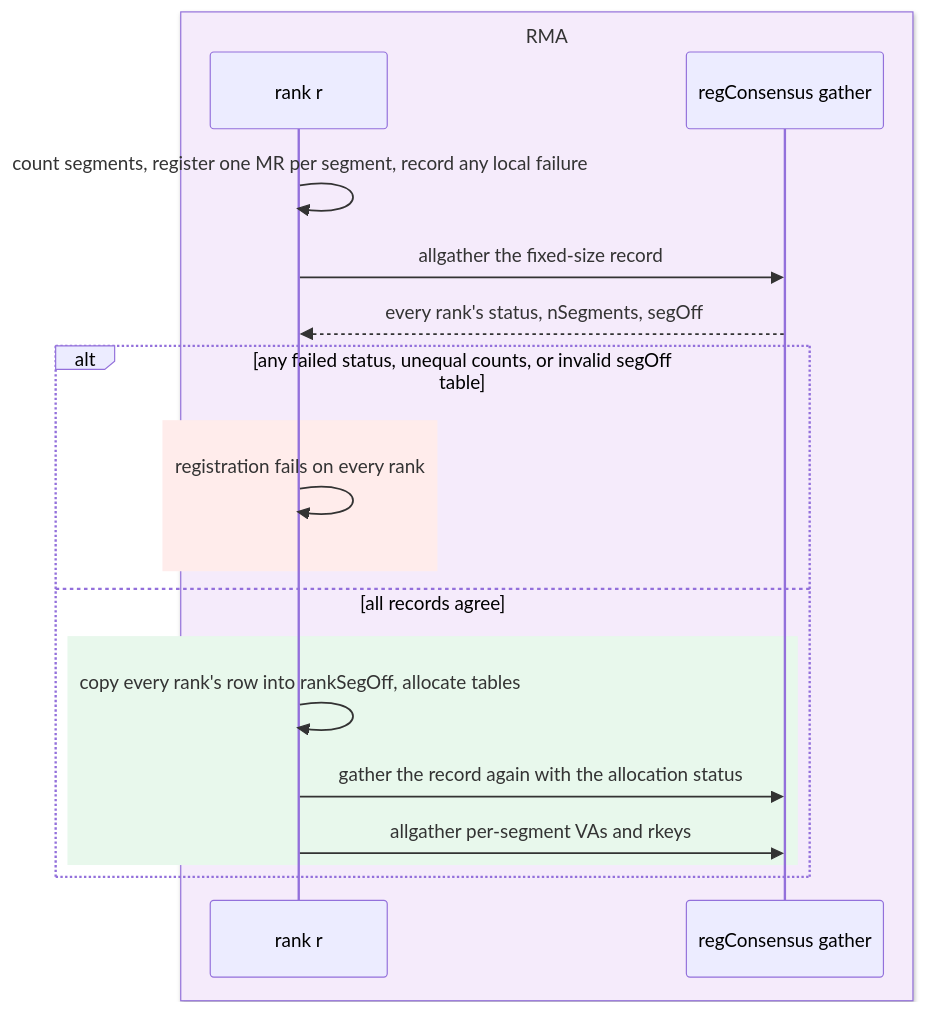
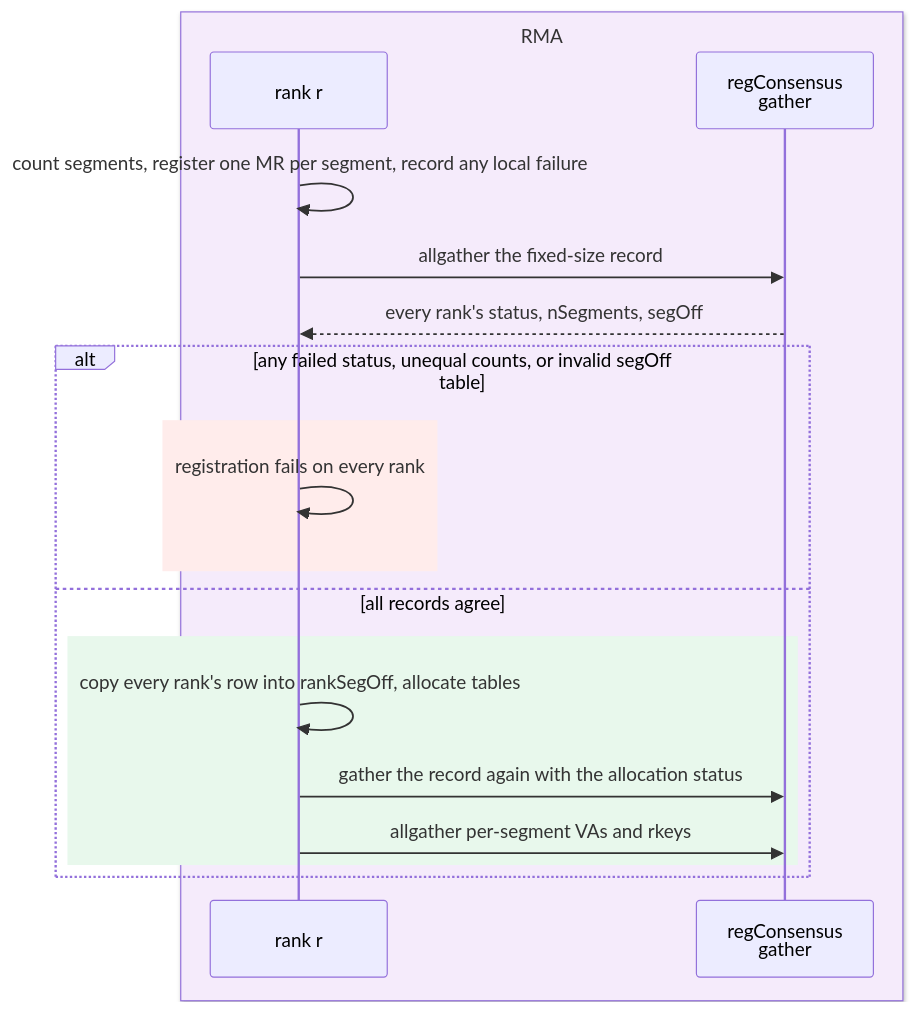
The third of 6 diagrams in projects/rccl/docs/design/multi_segment_gin_rma.md (ROCm/rocm-systems), drawn with Mermaid before and after one commit. The commit also changed other lines of this file and 18 other files, not shown here.

First line of the commit message:
docs: add new design diagrams and an AMD-style book build

````diff
--- a/projects/rccl/docs/design/multi_segment_gin_rma.md
+++ b/projects/rccl/docs/design/multi_segment_gin_rma.md
@@ -79,21 +110,22 @@
 ```mermaid
+%% caption: Consensus: every rank gathers the fixed-size record, then succeeds or fails together
 sequenceDiagram
  box rgb(245,235,251) RMA
  participant R as rank r
- participant C as regConsensus gather
+ participant C as regConsensus<br/>gather
  end
  R->>R: count segments, register one MR per segment, record any local failure
  R->>C: allgather the fixed-size record
  C-->>R: every rank's status, nSegments, segOff
  alt any failed status, unequal counts, or invalid segOff table
  rect rgb(255,236,235)
  R->>R: registration fails on every rank
  end
  else all records agree
  rect rgb(232,248,236)
  R->>R: copy every rank's row into rankSegOff, allocate tables
  R->>C: gather the record again with the allocation status
  R->>C: allgather per-segment VAs and rkeys
  end
  end
 ```
````
